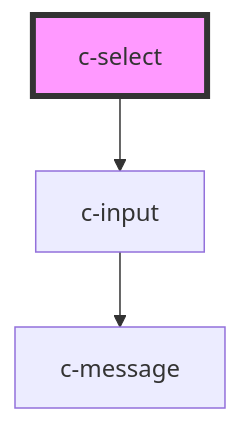
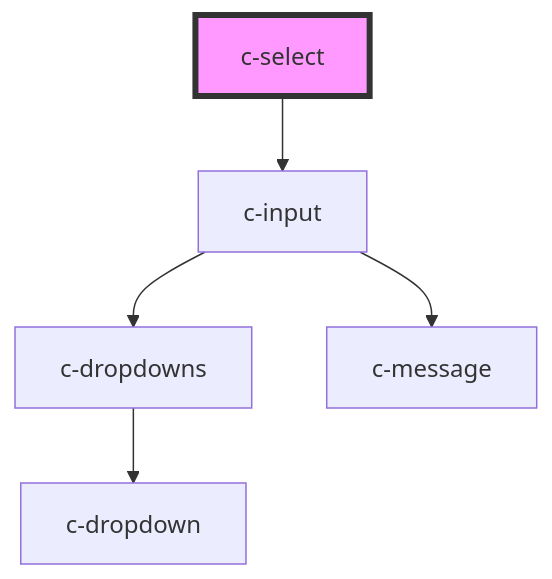
The diagram in packages/csc-ui/src/components/c-select/readme.md (CSCfi/ui), drawn with Mermaid before and after one commit. The commit also changed other lines of this file and 127 other files, not shown here.

````diff
--- a/packages/csc-ui/src/components/c-select/readme.md
+++ b/packages/csc-ui/src/components/c-select/readme.md
@@ -54,6 +81,8 @@
 ```mermaid
 graph TD;
   c-select --> c-input
+  c-input --> c-dropdowns
   c-input --> c-message
+  c-dropdowns --> c-dropdown
   style c-select fill:#f9f,stroke:#333,stroke-width:4px
 ```
````
